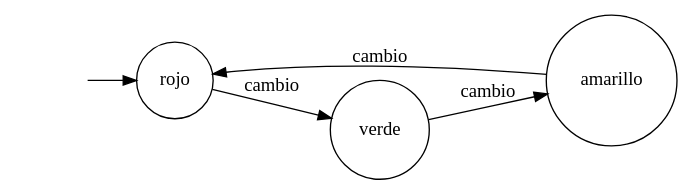
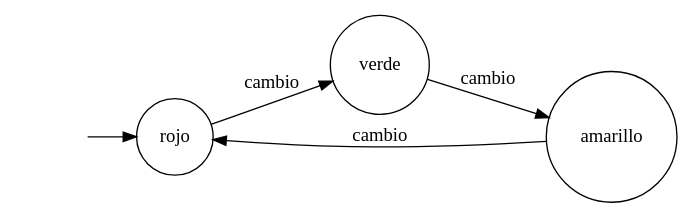
The diagram in Semaforo Simple.gv (CRincon115/AutomatasFinal), drawn with Graphviz before and after one commit. The commit also changed other lines of this file and 13 other files, not shown here.

```diff
--- a/Semaforo Simple.gv
+++ b/Semaforo Simple.gv
@@ -1,11 +1,11 @@
 digraph "Semaforo Simple" {
 	graph [rankdir=LR]
 	"" [label="" shape=plaintext]
+	rojo [label=rojo shape=circle]
 	amarillo [label=amarillo shape=circle]
-	rojo [label=rojo shape=circle]
 	verde [label=verde shape=circle]
 	"" -> rojo [label=""]
 	rojo -> verde [label=cambio]
 	verde -> amarillo [label=cambio]
 	amarillo -> rojo [label=cambio]
 }
```
